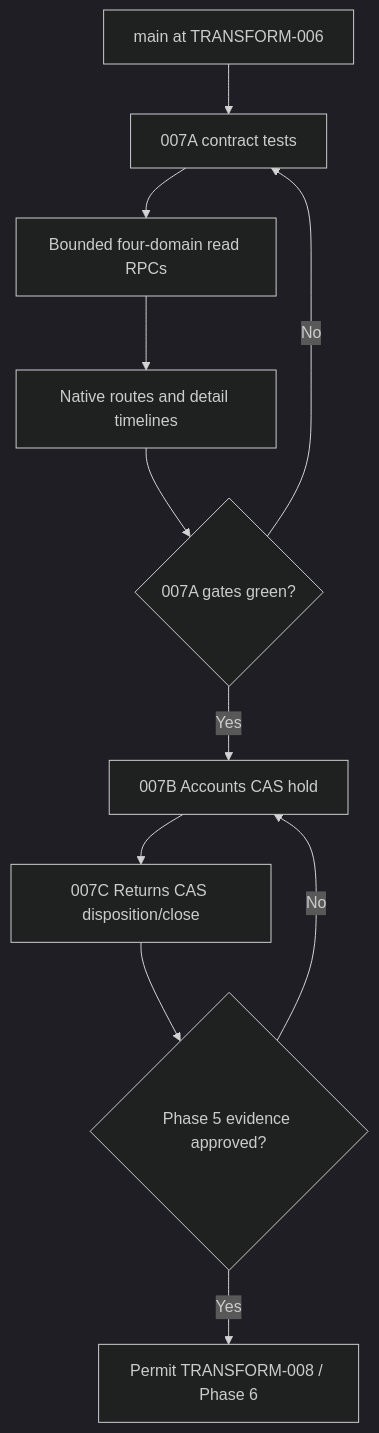
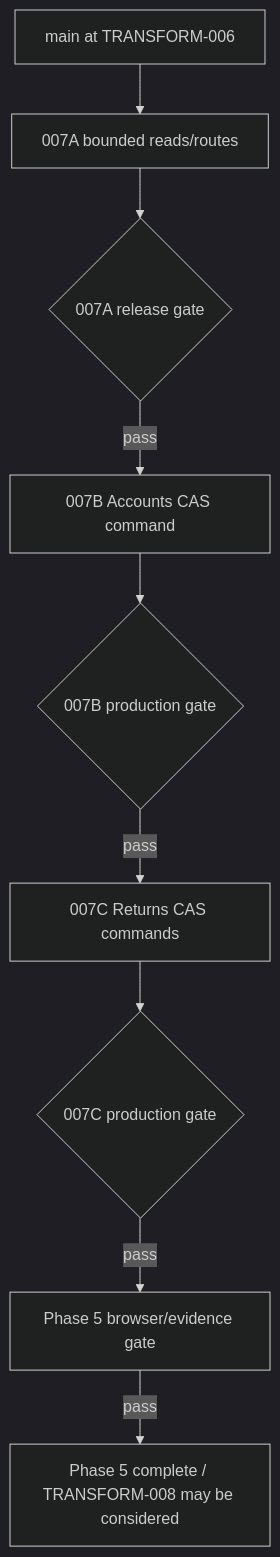
Before and after one commit to WayneWangPoly/ecoflow-vnext: the first of 2 diagrams in docs/engineering/work-packages/TRANSFORM-007-operational-records.md, drawn with Mermaid (dark theme). The commit also changed other lines of this file, not shown here.

Commit message:
docs(transform-007): record Phase 5 completion evidence

````diff
--- a/docs/engineering/work-packages/TRANSFORM-007-operational-records.md
+++ b/docs/engineering/work-packages/TRANSFORM-007-operational-records.md
@@ -118,13 +115,11 @@
 ```mermaid
 flowchart TD
-    A["main at TRANSFORM-006"] --> B["007A contract tests"]
-    B --> C["Bounded four-domain read RPCs"]
-    C --> D["Native routes and detail timelines"]
-    D --> E{"007A gates green?"}
-    E -- No --> B
-    E -- Yes --> F["007B Accounts CAS hold"]
-    F --> G["007C Returns CAS disposition/close"]
-    G --> H{"Phase 5 evidence approved?"}
-    H -- No --> F
-    H -- Yes --> I["Permit TRANSFORM-008 / Phase 6"]
+    A["main at TRANSFORM-006"] --> B["007A bounded reads/routes"]
+    B --> C{"007A release gate"}
+    C -- pass --> D["007B Accounts CAS command"]
+    D --> E{"007B production gate"}
+    E -- pass --> F["007C Returns CAS commands"]
+    F --> G{"007C production gate"}
+    G -- pass --> H["Phase 5 browser/evidence gate"]
+    H -- pass --> I["Phase 5 complete / TRANSFORM-008 may be considered"]
 ```
````
